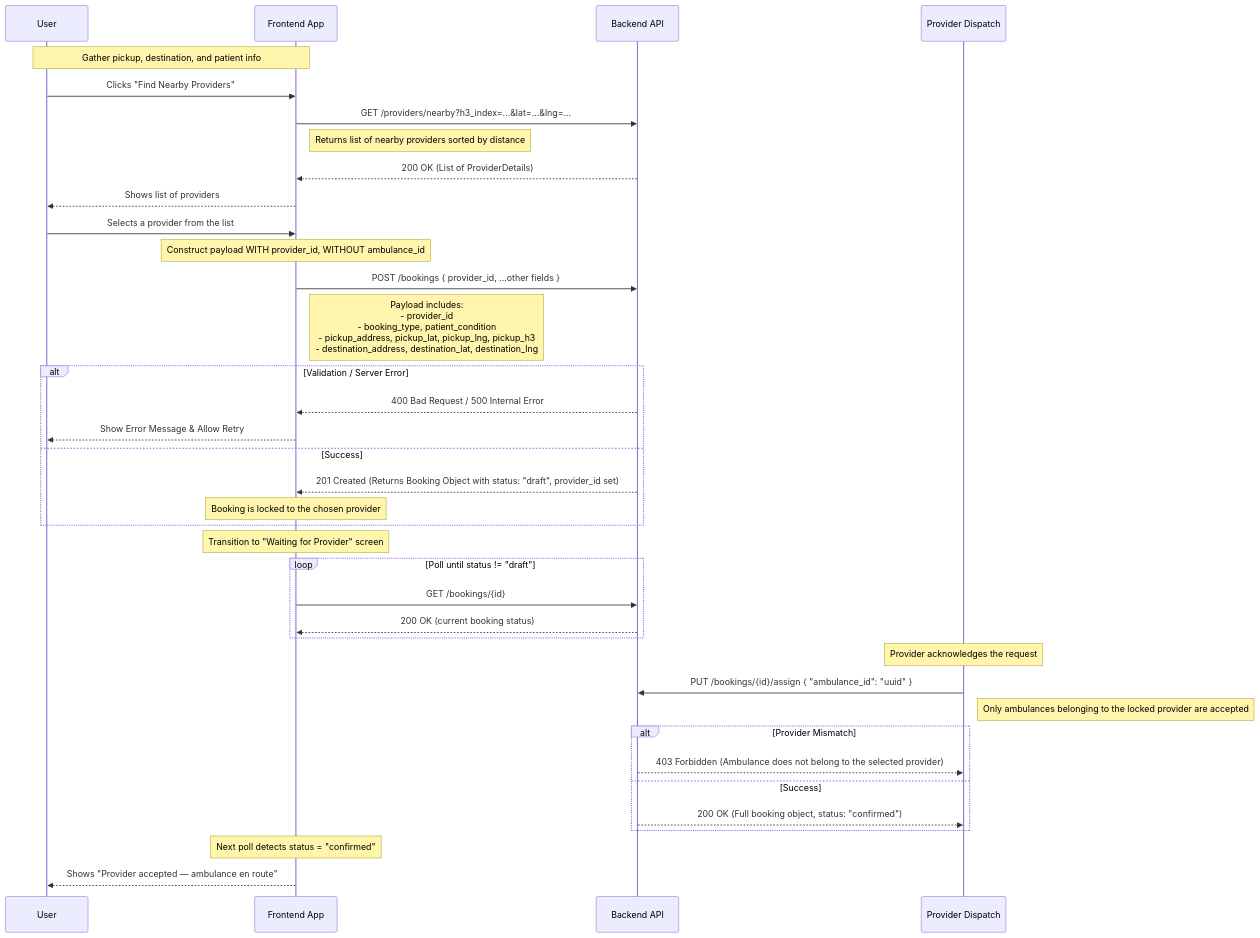
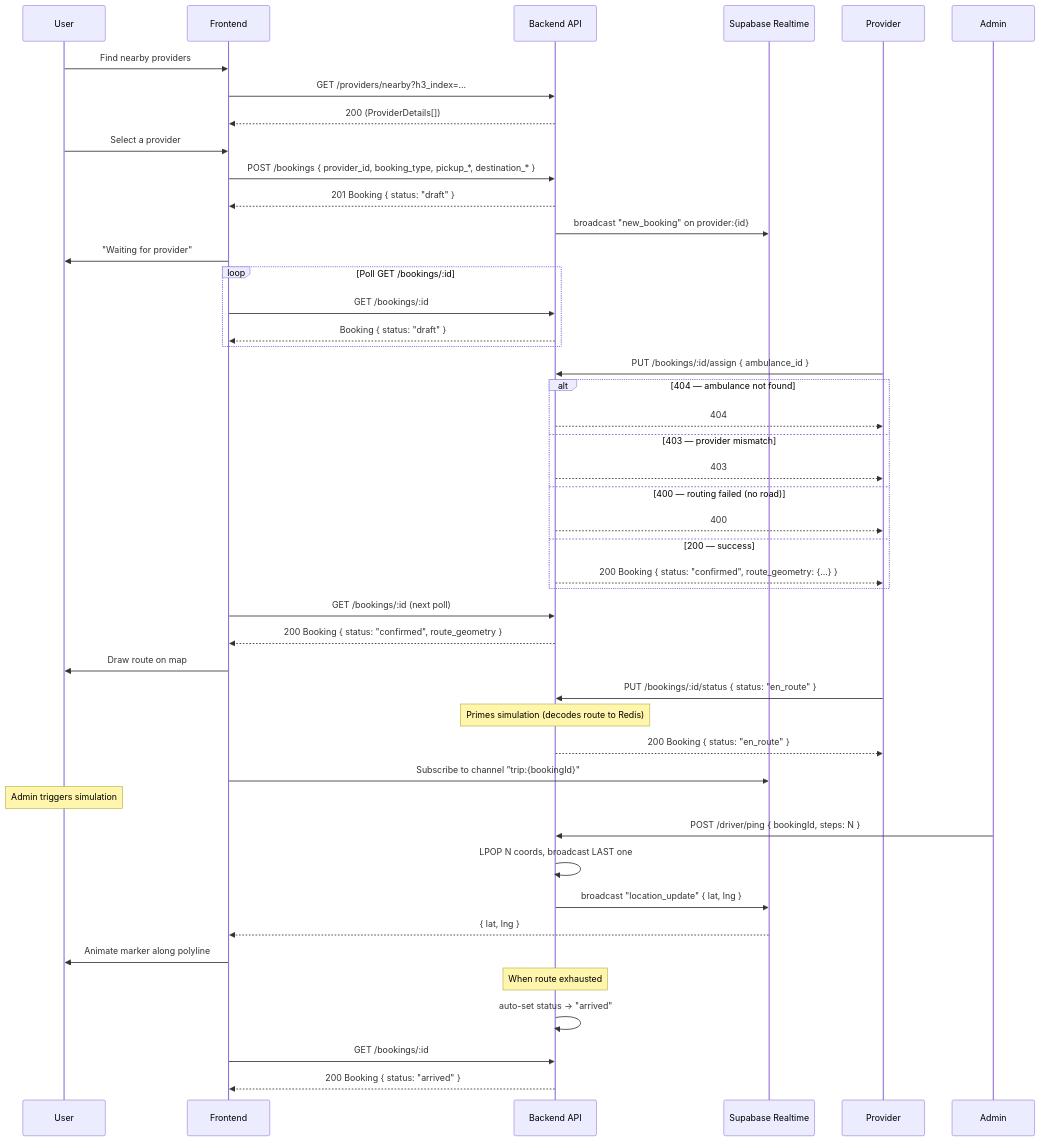
One commit to 101-toyota-team/resqlink-be changed the diagram in docs/FRONTEND_BOOKING_FLOW.md. Above: the diagram before and after it, drawn with Mermaid. The commit also changed other lines of this file, not shown here.

Commit message:
docs: update frontend booking flow documentation with route geometry and simulation tracking details

````diff
--- a/docs/FRONTEND_BOOKING_FLOW.md
+++ b/docs/FRONTEND_BOOKING_FLOW.md
@@ -41,48 +195,56 @@
 ```mermaid
 sequenceDiagram
     participant U as User
-    participant F as Frontend App
+    participant F as Frontend
     participant B as Backend API
-    participant P as Provider Dispatch
-    
-    Note over U, F: Gather pickup, destination, and patient info
-    
-    U->>F: Clicks "Find Nearby Providers"
-    F->>B: GET /providers/nearby?h3_index=...&lat=...&lng=...
-    Note right of F: Returns list of nearby providers sorted by distance
-    B-->>F: 200 OK (List of ProviderDetails)
-    F-->>U: Shows list of providers
-    
-    U->>F: Selects a provider from the list
-    Note over F: Construct payload WITH provider_id, WITHOUT ambulance_id
-    
-    F->>B: POST /bookings { provider_id, ...other fields }
-    Note right of F: Payload includes:<br/>- provider_id<br/>- booking_type, patient_condition<br/>- pickup_address, pickup_lat, pickup_lng, pickup_h3<br/>- destination_address, destination_lat, destination_lng
-    
-    alt Validation / Server Error
-        B-->>F: 400 Bad Request / 500 Internal Error
-        F-->>U: Show Error Message & Allow Retry
-    else Success
-        B-->>F: 201 Created (Returns Booking Object with status: "draft", provider_id set)
-        Note over F: Booking is locked to the chosen provider
+    participant R as Supabase Realtime
+    participant P as Provider
+
+    U->>F: Find nearby providers
+    F->>B: GET /providers/nearby?h3_index=...
+    B-->>F: 200 (ProviderDetails[])
+
+    U->>F: Select a provider
+    F->>B: POST /bookings { provider_id, booking_type, pickup_*, destination_* }
+    B-->>F: 201 Booking { status: "draft" }
+    B->>R: broadcast "new_booking" on provider:{id}
+
+    F->>U: "Waiting for provider"
+
+    loop Poll GET /bookings/:id
+        F->>B: GET /bookings/:id
+        B-->>F: Booking { status: "draft" }
     end
-    
-    Note over F: Transition to "Waiting for Provider" screen
-    
-    loop Poll until status != "draft"
-        F->>B: GET /bookings/{id}
-        B-->>F: 200 OK (current booking status)
+
+    P->>B: PUT /bookings/:id/assign { ambulance_id }
+    alt 404 — ambulance not found
+        B-->>P: 404
+    else 403 — provider mismatch
+        B-->>P: 403
+    else 400 — routing failed (no road)
+        B-->>P: 400
+    else 200 — success
+        B-->>P: 200 Booking { status: "confirmed", route_geometry: {...} }
     end
-    
-    Note over P: Provider acknowledges the request
-    P->>B: PUT /bookings/{id}/assign { "ambulance_id": "uuid" }
-    Note right of P: Only ambulances belonging to the locked provider are accepted
-    alt Provider Mismatch
-        B-->>P: 403 Forbidden (Ambulance does not belong to the selected provider)
-    else Success
-        B-->>P: 200 OK (Full booking object, status: "confirmed")
-    end
-    
-    Note over F: Next poll detects status = "confirmed"
-    F-->>U: Shows "Provider accepted — ambulance en route"
+
+    F->>B: GET /bookings/:id (next poll)
+    B-->>F: 200 Booking { status: "confirmed", route_geometry }
+    F->>U: Draw route on map
+
+    P->>B: PUT /bookings/:id/status { status: "en_route" }
+    Note over B: Primes simulation (decodes route to Redis)
+    B-->>P: 200 Booking { status: "en_route" }
+
+    F->>R: Subscribe to channel "trip:{bookingId}"
+    Note over U: Admin triggers simulation
+    Admin->>B: POST /driver/ping { bookingId, steps: N }
+    B->>B: LPOP N coords, broadcast LAST one
+    B->>R: broadcast "location_update" { lat, lng }
+    R-->>F: { lat, lng }
+    F->>U: Animate marker along polyline
+
+    Note over B: When route exhausted
+    B->>B: auto-set status → "arrived"
+    F->>B: GET /bookings/:id
+    B-->>F: 200 Booking { status: "arrived" }
 ```
````
